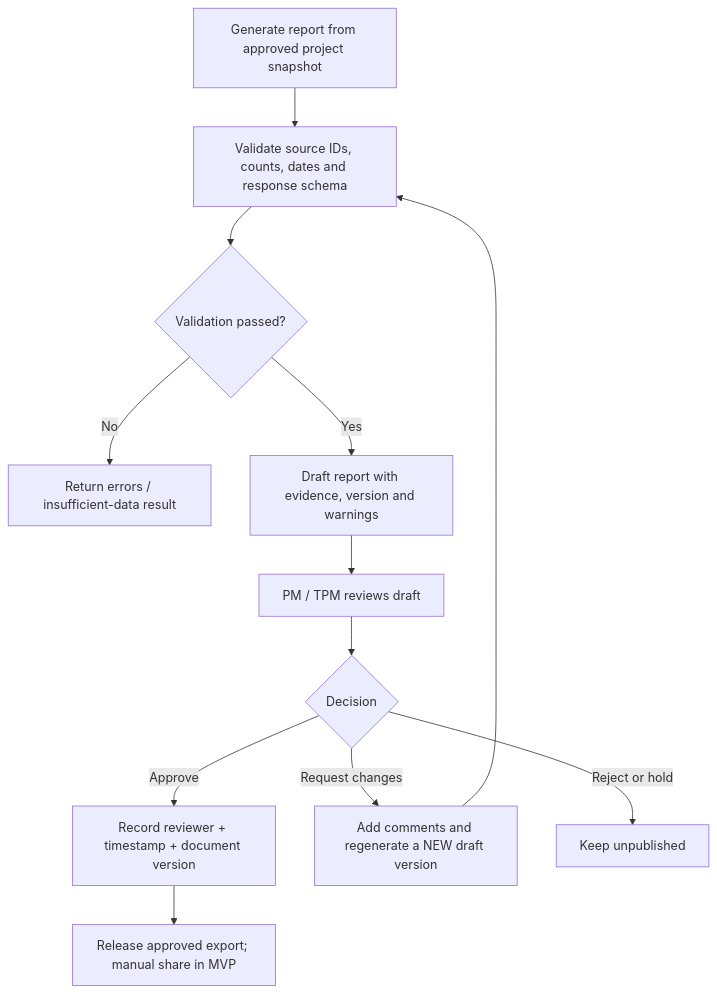
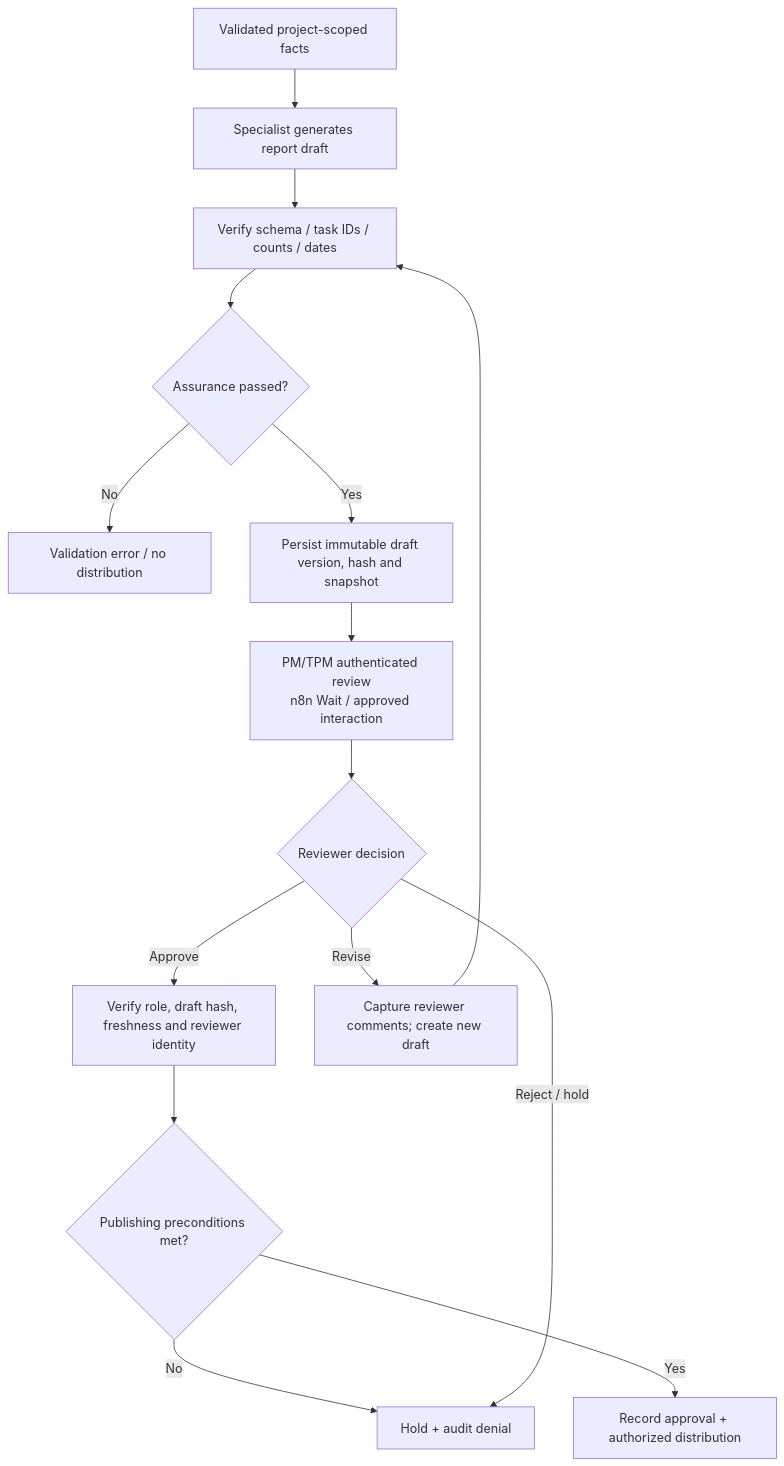
One commit to srinivasallenki99-hue/mira-ai-project-intelligence changed the sixth of 7 diagrams in docs/Mira_Architecture.md. Above: the diagram before and after it, drawn with Mermaid. The commit also changed other lines of this file, not shown here.

````diff
--- a/docs/Mira_Architecture.md
+++ b/docs/Mira_Architecture.md
@@ -274,14 +226,17 @@
 ```mermaid
 flowchart TD
-  A["Generate report from approved project snapshot"] --> B["Validate source IDs, counts, dates and response schema"]
-  B --> C{"Validation passed?"}
-  C -- "No" --> E["Return errors / insufficient-data result"]
-  C -- "Yes" --> D["Draft report with evidence, version and warnings"]
-  D --> H["PM / TPM reviews draft"]
-  H --> I{"Decision"}
-  I -- "Approve" --> P["Record reviewer + timestamp + document version"]
-  P --> O["Release approved export; manual share in MVP"]
-  I -- "Request changes" --> R["Add comments and regenerate a NEW draft version"]
-  R --> B
-  I -- "Reject or hold" --> X["Keep unpublished"]
+  A["Validated project-scoped facts"] --> B["Specialist generates report draft"]
+  B --> C["Verify schema / task IDs / counts / dates"]
+  C --> D{"Assurance passed?"}
+  D -->|No| FAIL["Validation error / no distribution"]
+  D -->|Yes| STORE["Persist immutable draft version, hash and snapshot"]
+  STORE --> REVIEW["PM/TPM authenticated review<br/>n8n Wait / approved interaction"]
+  REVIEW --> DEC{"Reviewer decision"}
+  DEC -->|Approve| AUTH["Verify role, draft hash, freshness and reviewer identity"]
+  AUTH --> GATE{"Publishing preconditions met?"}
+  GATE -->|No| HOLD["Hold + audit denial"]
+  GATE -->|Yes| PUB["Record approval + authorized distribution"]
+  DEC -->|Revise| FIX["Capture reviewer comments; create new draft"]
+  FIX --> C
+  DEC -->|Reject / hold| HOLD
 ```
````
